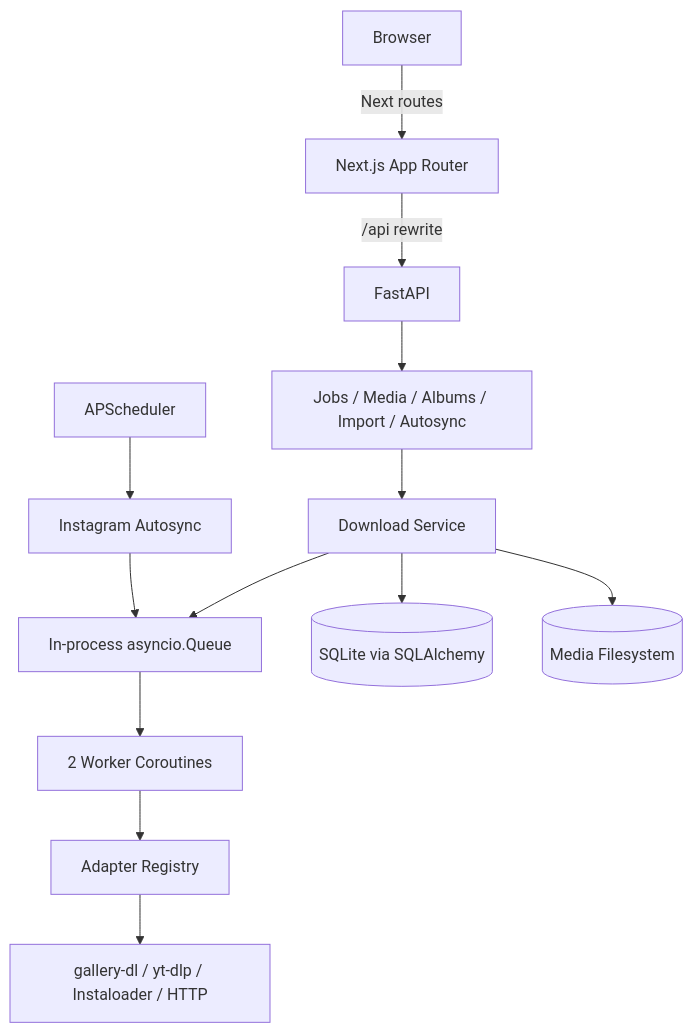
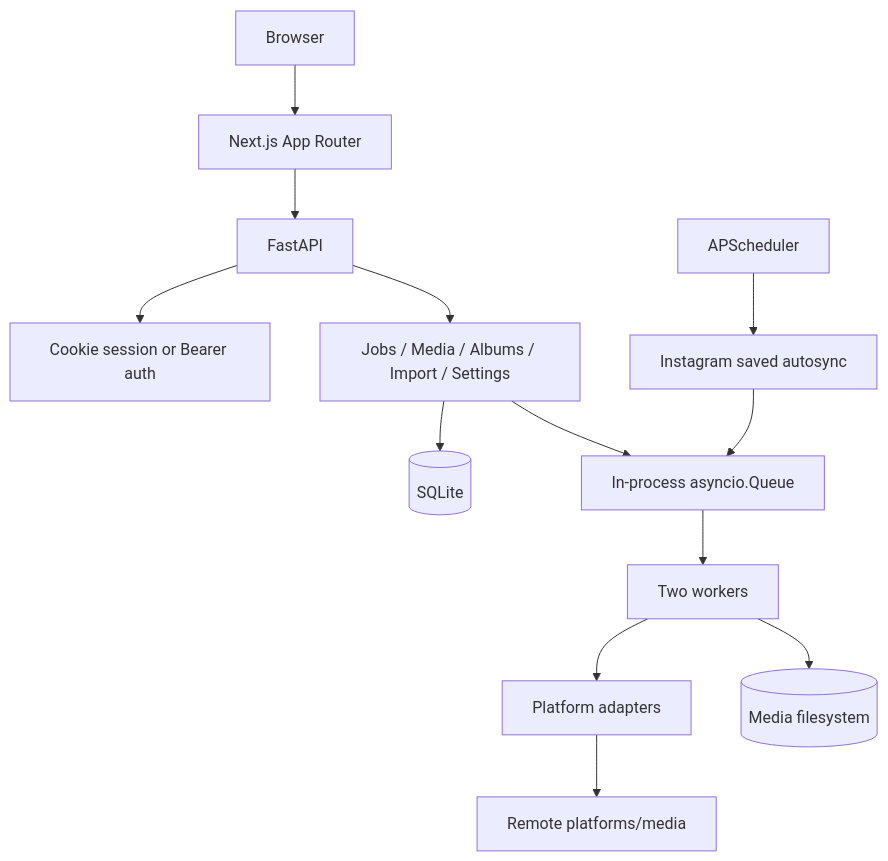
One commit to ekolancer/SocDownload changed the diagram in Optimization_Report.md. Above: the diagram before and after it, drawn with Mermaid. The commit also changed other lines of this file and 13 other files, not shown here.

````diff
--- a/Optimization_Report.md
+++ b/Optimization_Report.md
@@ -73,15 +55,15 @@
 ```mermaid
 flowchart TD
-    Browser -->|Next routes| Frontend[Next.js App Router]
-    Frontend -->|/api rewrite| API[FastAPI]
-    API --> Routes[Jobs / Media / Albums / Import / Autosync]
-    Routes --> Service[Download Service]
-    Service --> Queue[In-process asyncio.Queue]
-    Queue --> Workers[2 Worker Coroutines]
-    Workers --> Registry[Adapter Registry]
-    Registry --> Engines[gallery-dl / yt-dlp / Instaloader / HTTP]
-    Service --> DB[(SQLite via SQLAlchemy)]
-    Service --> Files[(Media Filesystem)]
-    Scheduler[APScheduler] --> Autosync[Instagram Autosync]
-    Autosync --> Queue
+    Browser --> Next[Next.js App Router]
+    Next --> API[FastAPI]
+    API --> Auth[Cookie session or Bearer auth]
+    API --> Routes[Jobs / Media / Albums / Import / Settings]
+    Routes --> DB[(SQLite)]
+    Routes --> Queue[In-process asyncio.Queue]
+    Queue --> Workers[Two workers]
+    Workers --> Adapters[Platform adapters]
+    Adapters --> Remote[Remote platforms/media]
+    Workers --> Files[(Media filesystem)]
+    Scheduler[APScheduler] --> Instagram[Instagram saved autosync]
+    Instagram --> Queue
 ```
````
